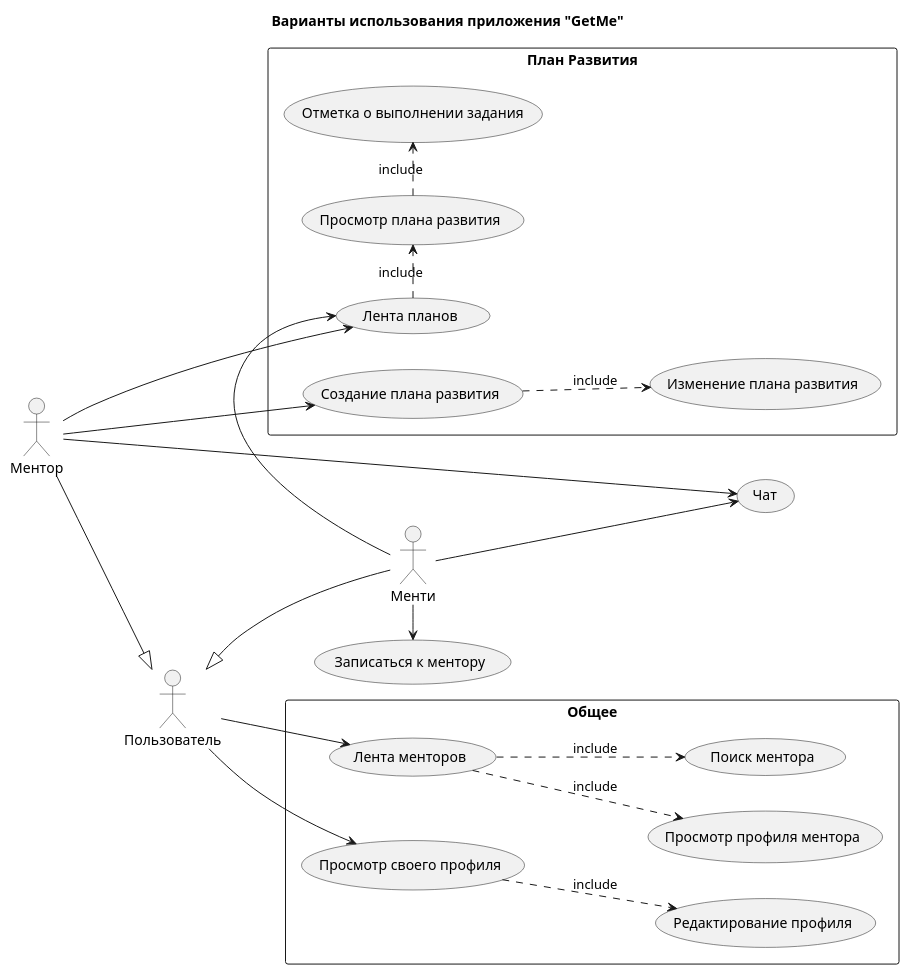
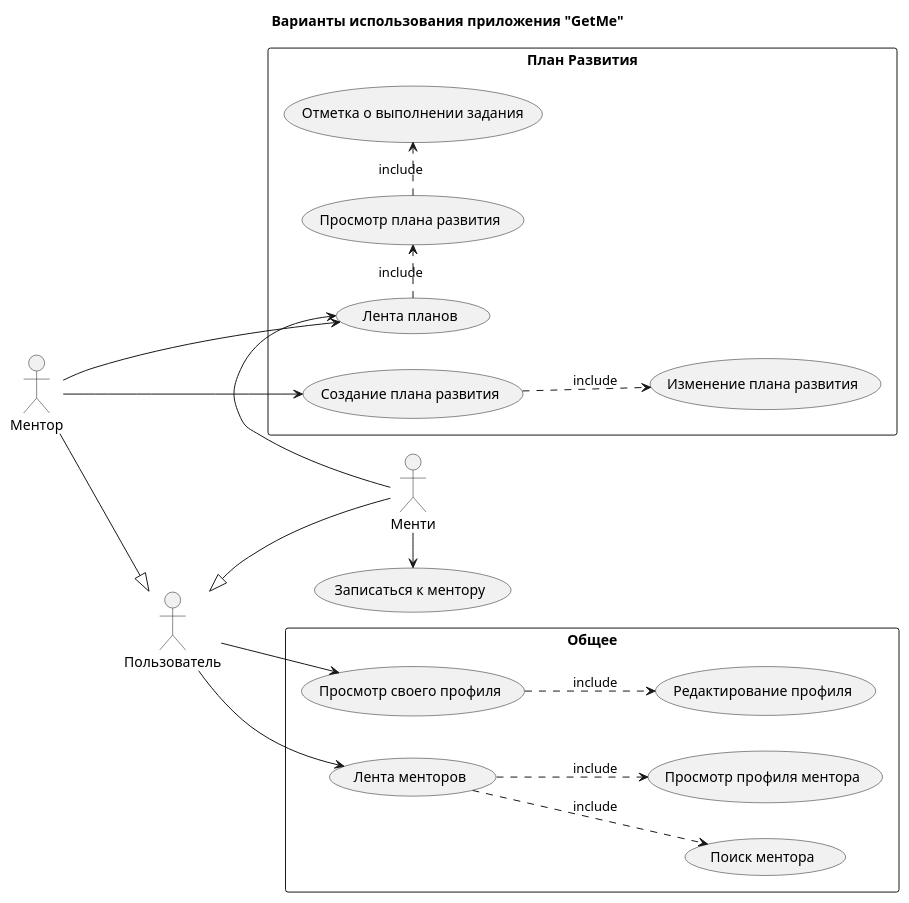
One commit to Flash1ee/getme-backend changed the diagram in docs/usecase.puml. Above: the diagram before and after it, drawn with PlantUML. The commit also changed 14 other files, not shown here.

```diff
--- a/docs/usecase.puml
+++ b/docs/usecase.puml
@@ -1,74 +1,70 @@
 @startuml
 
 title Варианты использования приложения "GetMe"
 
 left to right direction
 
 actor :Пользователь: as User
 
 actor :Ментор: as Mentor
 
 actor :Менти: as Menti
 
 User <|-up- Mentor
 
 User <|-down- Menti
 
 rectangle Общее {
     usecase "Просмотр своего профиля" as Profile
 
     usecase "Редактирование профиля" as EditProfile
 
     usecase "Лента менторов" as MentorsFeed
 
     usecase "Поиск ментора" as Search
 
     usecase "Просмотр профиля ментора" as MentorProfile
 }
 rectangle "План Развития" {
     usecase "Лента планов" as FeedPlan
 
     usecase "Создание плана развития" as CreatePlan
 
     usecase "Изменение плана развития" as EditPlan
 
     usecase "Отметка о выполнении задания" as TaskDone
 
     usecase "Просмотр плана развития" as WatchPlan
 
 }
-usecase "Чат" as Message
-
 usecase "Записаться к ментору" as ConnectToMentor
 
 
 
 User --> Profile
 User --> MentorsFeed
 
 
 Profile ..> EditProfile : include
 
 
 
 
 MentorsFeed ..> Search : include
 MentorsFeed ..> MentorProfile : include
 
 FeedPlan .> WatchPlan : include
 WatchPlan .> TaskDone : include
 
 
 
 Menti -> FeedPlan
 Menti -> ConnectToMentor
-Menti --> Message
 
 
 Mentor -> FeedPlan
 Mentor -> CreatePlan
 CreatePlan ..> EditPlan : include
-Mentor -> Message
 
 
 @enduml
```
